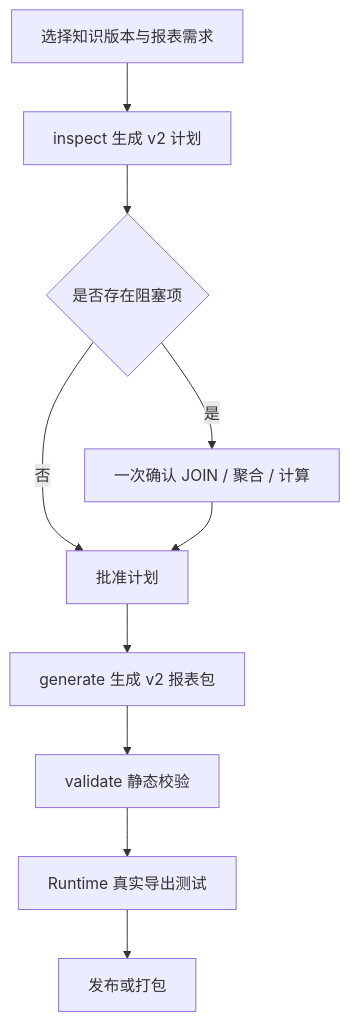
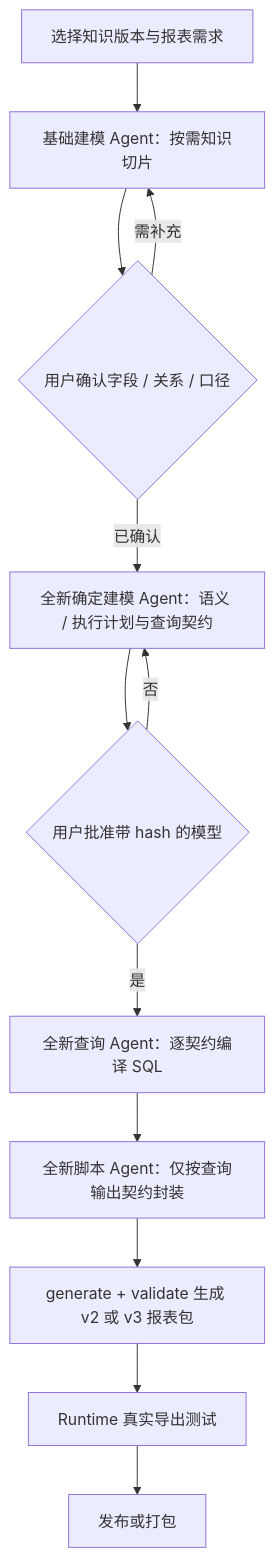
Before and after one commit to koigxx/easybi-studio: the third of 3 diagrams in skill-source/easy-bi/docs/总体架构.md, drawn with Mermaid. The commit also changed other lines of this file and 53 other files, not shown here.

````diff
--- a/skill-source/easy-bi/docs/总体架构.md
+++ b/skill-source/easy-bi/docs/总体架构.md
@@ -142,12 +142,14 @@
 ```mermaid
 flowchart TD
-    A["选择知识版本与报表需求"] --> B["inspect 生成 v2 计划"]
-    B --> C{"是否存在阻塞项"}
-    C -- 否 --> E["批准计划"]
-    C -- 是 --> D["一次确认 JOIN / 聚合 / 计算"]
-    D --> E
-    E --> F["generate 生成 v2 报表包"]
-    F --> G["validate 静态校验"]
-    G --> H["Runtime 真实导出测试"]
-    H --> I["发布或打包"]
+    A["选择知识版本与报表需求"] --> B["基础建模 Agent：按需知识切片"]
+    B --> C{"用户确认字段 / 关系 / 口径"}
+    C -- 需补充 --> B
+    C -- 已确认 --> D["全新确定建模 Agent：语义 / 执行计划与查询契约"]
+    D --> E{"用户批准带 hash 的模型"}
+    E -- 否 --> D
+    E -- 是 --> F["全新查询 Agent：逐契约编译 SQL"]
+    F --> G["全新脚本 Agent：仅按查询输出契约封装"]
+    G --> H["generate + validate 生成 v2 或 v3 报表包"]
+    H --> I["Runtime 真实导出测试"]
+    I --> J["发布或打包"]
 ```
````
